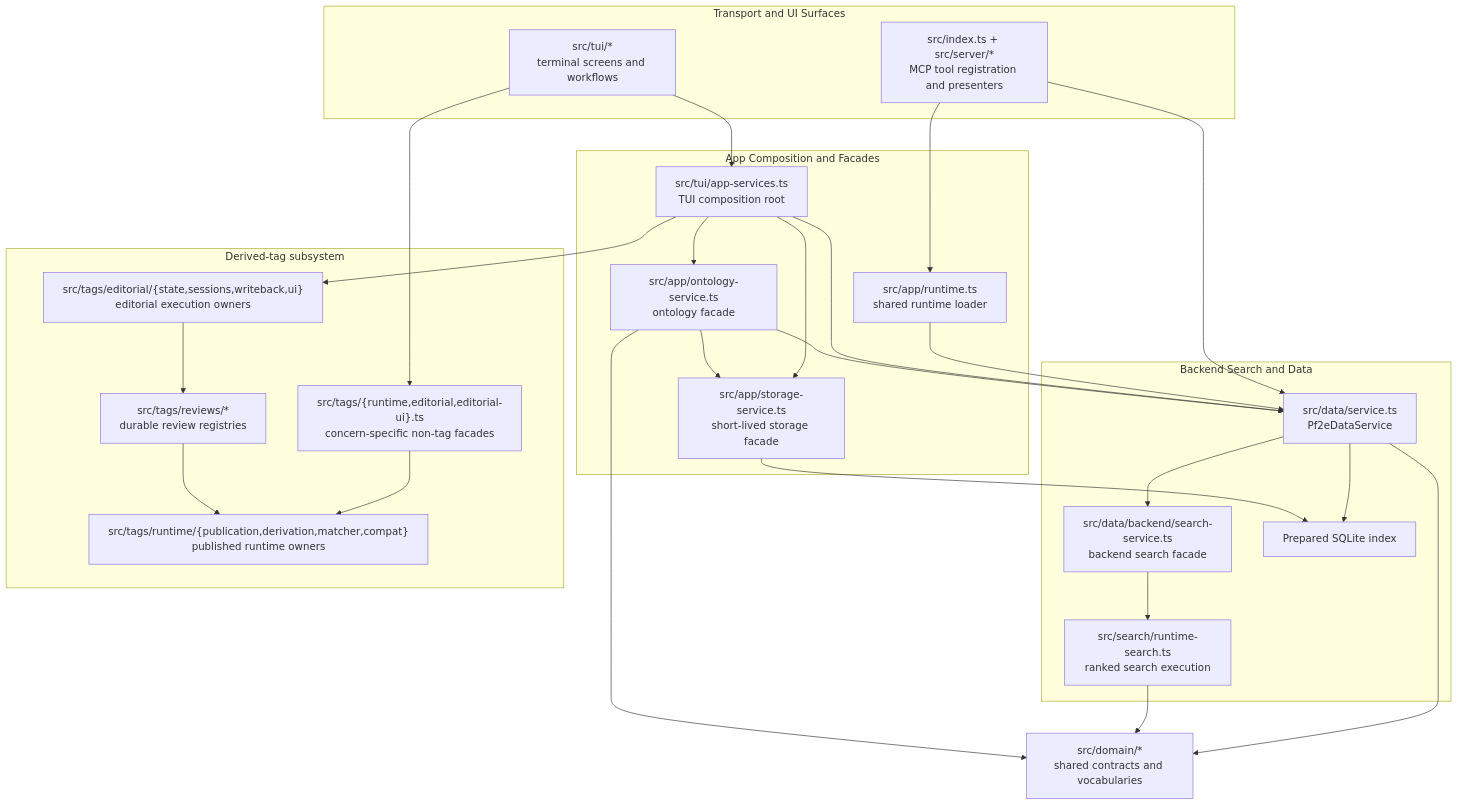
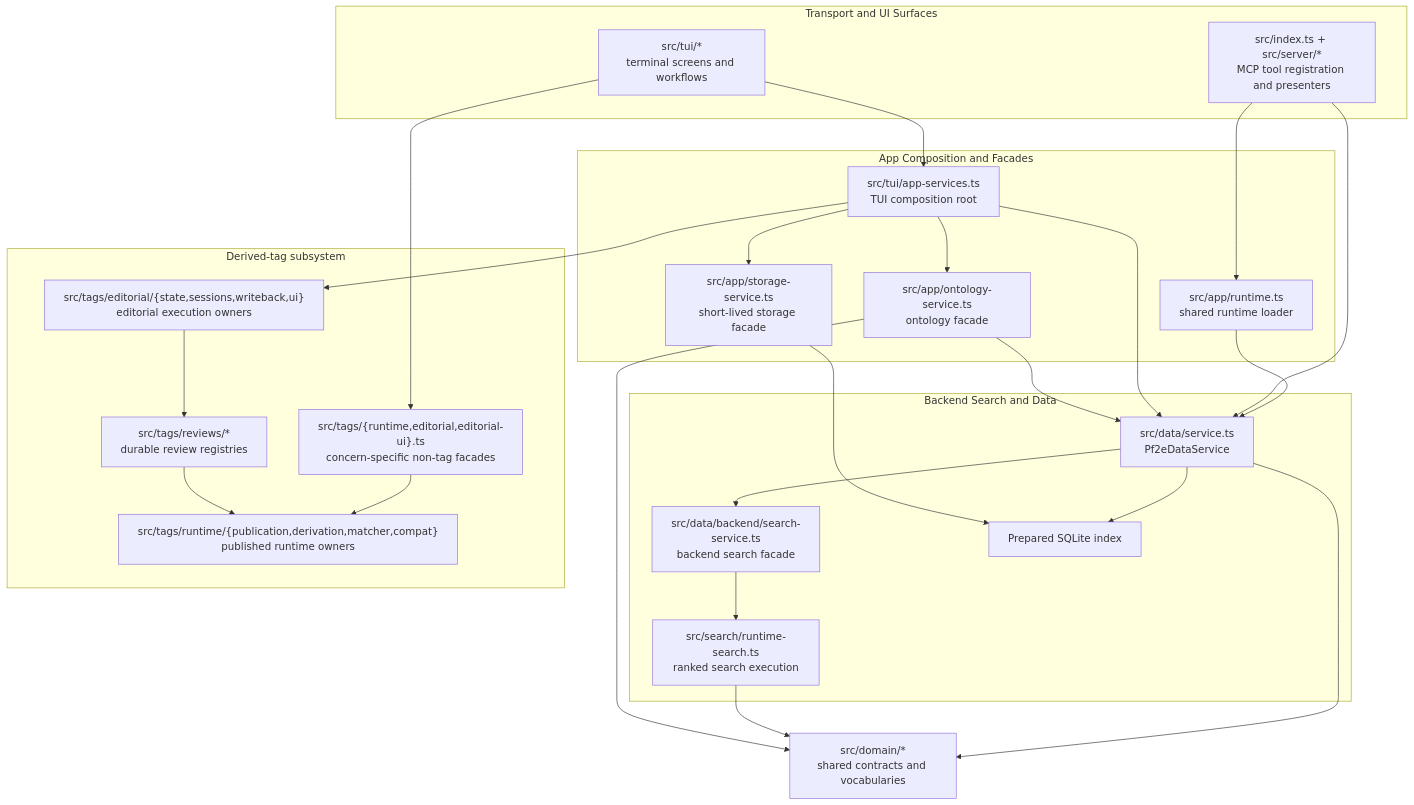
One commit to e-kosten/pf2e-atlas changed the diagram in docs/architecture/boundaries.md. Above: the diagram before and after it, drawn with Mermaid. The commit also changed other lines of this file and 11 other files, not shown here.

````diff
--- a/docs/architecture/boundaries.md
+++ b/docs/architecture/boundaries.md
@@ -11,56 +11,55 @@
 ```mermaid
 flowchart TD
   subgraph Surfaces["Transport and UI Surfaces"]
     MCP["src/index.ts + src/server/*<br/>MCP tool registration and presenters"]
     TUI["src/tui/*<br/>terminal screens and workflows"]
   end
 
   subgraph App["App Composition and Facades"]
     Runtime["src/app/runtime.ts<br/>shared runtime loader"]
     AppServices["src/tui/app-services.ts<br/>TUI composition root"]
     Ontology["src/app/ontology-service.ts<br/>ontology facade"]
     Storage["src/app/storage-service.ts<br/>short-lived storage facade"]
   end
 
   subgraph Backend["Backend Search and Data"]
     Data["src/data/service.ts<br/>Pf2eDataService"]
     SearchBackend["src/data/backend/search-service.ts<br/>backend search facade"]
     RuntimeSearch["src/search/runtime-search.ts<br/>ranked search execution"]
     Sqlite["Prepared SQLite index"]
   end
 
   Domain["src/domain/*<br/>shared contracts and vocabularies"]
   subgraph Tags["Derived-tag subsystem"]
     TagsFacade["src/tags/{runtime,editorial,editorial-ui}.ts<br/>concern-specific non-tag facades"]
     TagsReviews["src/tags/reviews/*<br/>durable review registries"]
     TagsRuntime["src/tags/runtime/{publication,derivation,matcher,compat}<br/>published runtime owners"]
     TagsEditorial["src/tags/editorial/{state,sessions,writeback,ui}<br/>editorial execution owners"]
   end
 
   MCP --> Runtime
   Runtime --> Data
   MCP --> Data
 
   TUI --> AppServices
   AppServices --> Data
   AppServices --> Storage
   AppServices --> Ontology
   AppServices --> TagsEditorial
 
   Ontology --> Data
-  Ontology --> Storage
 
   Data --> SearchBackend
   SearchBackend --> RuntimeSearch
   Data --> Sqlite
   Storage --> Sqlite
 
   Data --> Domain
   RuntimeSearch --> Domain
   Ontology --> Domain
 
   TUI --> TagsFacade
   TagsFacade --> TagsRuntime
   TagsReviews --> TagsRuntime
   TagsEditorial --> TagsReviews
 ```
````
